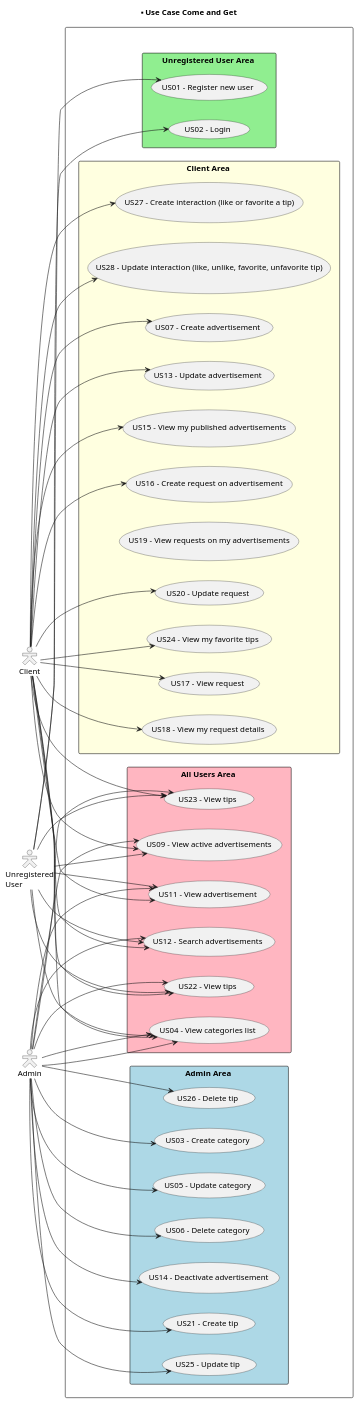
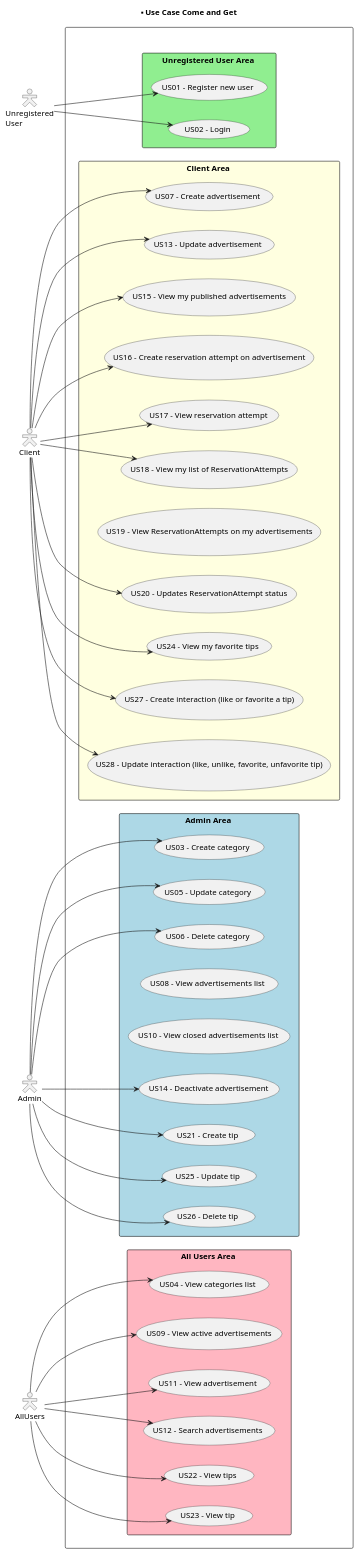
The diagram in Docs/global-artifacts/01-requirements-engineering/UCD.puml (vivianeaalmeida/ComeAndGet), drawn with PlantUML before and after one commit. The commit also changed 6 other files, not shown here.

```diff
--- a/Docs/global-artifacts/01-requirements-engineering/UCD.puml
+++ b/Docs/global-artifacts/01-requirements-engineering/UCD.puml
@@ -1,100 +1,88 @@
 @startuml
 
 title ******* Use Case Come and Get
 
 left to right direction
 skinparam actorStyle hollow
   actor "Unregistered\nUser"
   actor "Client"
-  actor Admin
+  actor "Admin"
+  actor "AllUsers"
 
 
 rectangle " " as usecase1 {
 
     rectangle "All Users Area " as usecase2 #Lightpink{
 
             usecase "US04 - View categories list" as US04
             usecase "US09 - View active advertisements" as US09
             usecase "US11 - View advertisement" as US11
             usecase "US12 - Search advertisements" as US12
             usecase "US22 - View tips" as US22
-            usecase "US23 - View tips" as US23
+            usecase "US23 - View tip" as US23
 
-            "Unregistered\nUser" --> US04
-            "Unregistered\nUser" --> US09
-            "Unregistered\nUser" --> US11
-            "Unregistered\nUser" --> US12
-            "Unregistered\nUser" --> US22
-            "Unregistered\nUser" --> US23
-
-            Client --> US04
-            Client --> US09
-            Client --> US11
-            Client --> US12
-            Client --> US22
-            Client --> US23
-
-            Admin --> US04
-            Admin --> US09
-            Admin --> US11
-            Admin --> US12
-            Admin --> US22
-            Admin --> US23
+            "AllUsers" --> US04
+            "AllUsers" --> US09
+            "AllUsers" --> US11
+            "AllUsers" --> US12
+            "AllUsers" --> US22
+            "AllUsers" --> US23
          }
 
     rectangle "Unregistered User Area " as usecase3 #Lightgreen{
 
             usecase "US01 - Register new user" as US01
             usecase "US02 - Login" as US02
 
             "Unregistered\nUser" --> US01
             "Unregistered\nUser" --> US02
          }
 
      rectangle "Client Area " as usecase5 #Lightyellow{
 
 
             usecase "US07 - Create advertisement" as US07
             usecase "US13 - Update advertisement" as US13
             usecase "US15 - View my published advertisements" as US15
-            usecase "US16 - Create request on advertisement" as US16
-            usecase "US17 - View request" as US17
-            usecase "US18 - View my request details" as US18
-            usecase "US19 - View requests on my advertisements" as US19
-            usecase "US20 - Update request" as US20
+            usecase "US16 - Create reservation attempt on advertisement" as US16
+            usecase "US17 - View reservation attempt" as US17
+            usecase "US18 - View my list of ReservationAttempts" as US18
+            usecase "US19 - View ReservationAttempts on my advertisements" as US19
+            usecase "US20 - Updates ReservationAttempt status" as US20
             usecase "US24 - View my favorite tips" as US24
             usecase "US27 - Create interaction (like or favorite a tip)" as US27
             usecase "US28 - Update interaction (like, unlike, favorite, unfavorite tip)" as US28
 
             Client --> US07
             Client --> US13
             Client --> US15
             Client --> US16
             Client --> US17
             Client --> US18
             Client --> US20
             Client --> US24
             Client --> US27
             Client --> US28
         }
 
     rectangle "Admin Area " as usecase6 #Lightblue{
 
             usecase "US03 - Create category" as US03
             usecase "US05 - Update category" as US05
             usecase "US06 - Delete category" as US06
+            usecase "US08 - View advertisements list " as US08
+            usecase "US10 - View closed advertisements list " as US10
             usecase "US14 - Deactivate advertisement" as US14
             usecase "US21 - Create tip" as US21
             usecase "US25 - Update tip" as US25
             usecase "US26 - Delete tip" as US26
 
             Admin --> US03
-            Admin --> US04
             Admin --> US05
             Admin --> US06
             Admin --> US14
             Admin --> US21
             Admin --> US25
             Admin --> US26
     }
 @enduml
```
